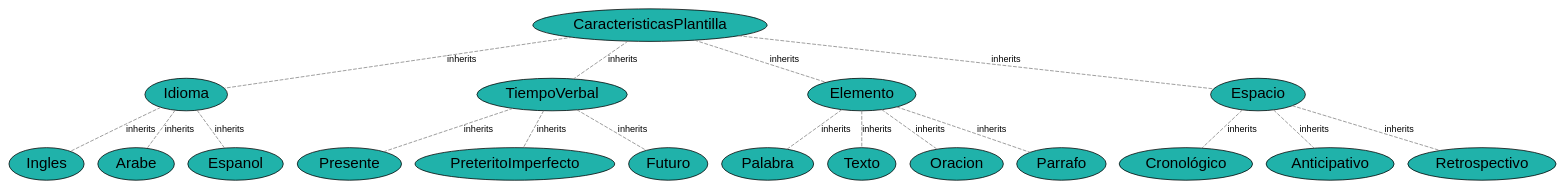
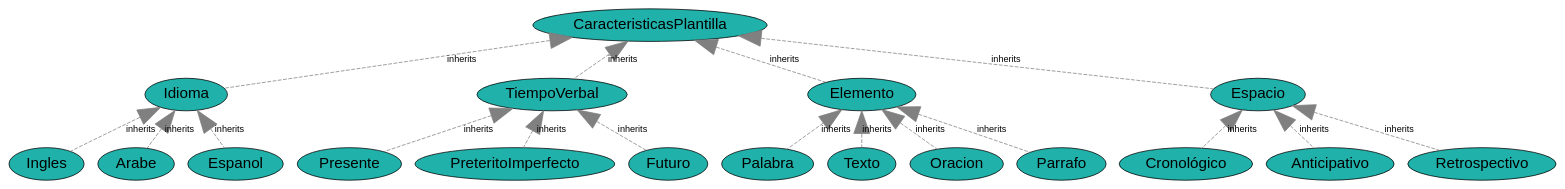
Before and after one commit to JuanCasado/Lenguajes: the diagram in Output/csv_dot2_characteristics.dot, drawn with Graphviz. The commit also changed 189 other files, not shown here.

```diff
--- a/Output/csv_dot2_characteristics.dot
+++ b/Output/csv_dot2_characteristics.dot
@@ -1,70 +1,70 @@
 graph characteristics{
 	//Defecto
 	node [fontname="Arial"];
 	edge [fontname="Arial",fontsize=12];
 
 	//PROPERTIES
 	node[fontsize="10", fillcolor="lightgoldenrodyellow", style="filled", shape="record", ]
 
 	
 
 	//CLASES
 	node[fontsize="20", fillcolor="lightseagreen", style="filled", shape="ellipse", ]
 
 	
 	class_Palabra [label="Palabra"];
 	class_Cronológico [label="Cronológico"];
 	class_Presente [label="Presente"];
 	class_Anticipativo [label="Anticipativo"];
 	class_Idioma [label="Idioma"];
 	class_TiempoVerbal [label="TiempoVerbal"];
 	class_Retrospectivo [label="Retrospectivo"];
 	class_Texto [label="Texto"];
 	class_Oracion [label="Oracion"];
 	class_Ingles [label="Ingles"];
 	class_PreteritoImperfecto [label="PreteritoImperfecto"];
 	class_Elemento [label="Elemento"];
 	class_CaracteristicasPlantilla [label="CaracteristicasPlantilla"];
 	class_Arabe [label="Arabe"];
 	class_Espanol [label="Espanol"];
 	class_Futuro [label="Futuro"];
 	class_Espacio [label="Espacio"];
 	class_Parrafo [label="Parrafo"];
 
 	//RELACIONES
 	node[fontsize="15", fillcolor="paleturquoise", style="filled", shape="hexagon", ]
 
 
 	//CLASE -- PROPIEDAD
 	edge[len="3", style="dashed", color="grey", ]
 
 
 	//RELACION -- PROPIEDAD
 
 	// uso indirecto de definiciÃ³n de tipos
 
 	// asociaciones a travÃ©s de atributos marcadas de forma directa
 
 	// herencias
-	class_CaracteristicasPlantilla -- class_Idioma [label="inherits"];
-	class_Idioma -- class_Espanol [label="inherits"];
-	class_Idioma -- class_Ingles [label="inherits"];
-	class_Idioma -- class_Arabe [label="inherits"];
-	class_CaracteristicasPlantilla -- class_TiempoVerbal [label="inherits"];
-	class_TiempoVerbal -- class_Presente [label="inherits"];
-	class_TiempoVerbal -- class_Futuro [label="inherits"];
-	class_TiempoVerbal -- class_PreteritoImperfecto [label="inherits"];
-	class_CaracteristicasPlantilla -- class_Espacio [label="inherits"];
-	class_Espacio -- class_Cronológico [label="inherits"];
-	class_Espacio -- class_Retrospectivo [label="inherits"];
-	class_Espacio -- class_Anticipativo [label="inherits"];
-	class_CaracteristicasPlantilla -- class_Elemento [label="inherits"];
-	class_Elemento -- class_Texto [label="inherits"];
-	class_Elemento -- class_Parrafo [label="inherits"];
-	class_Elemento -- class_Oracion [label="inherits"];
-	class_Elemento -- class_Palabra [label="inherits"];
+	class_CaracteristicasPlantilla -- class_Idioma [arrowsize="3", arrowhead="normal", dir="back", label="inherits"];
+	class_Idioma -- class_Espanol [arrowsize="3", arrowhead="normal", dir="back", label="inherits"];
+	class_Idioma -- class_Ingles [arrowsize="3", arrowhead="normal", dir="back", label="inherits"];
+	class_Idioma -- class_Arabe [arrowsize="3", arrowhead="normal", dir="back", label="inherits"];
+	class_CaracteristicasPlantilla -- class_TiempoVerbal [arrowsize="3", arrowhead="normal", dir="back", label="inherits"];
+	class_TiempoVerbal -- class_Presente [arrowsize="3", arrowhead="normal", dir="back", label="inherits"];
+	class_TiempoVerbal -- class_Futuro [arrowsize="3", arrowhead="normal", dir="back", label="inherits"];
+	class_TiempoVerbal -- class_PreteritoImperfecto [arrowsize="3", arrowhead="normal", dir="back", label="inherits"];
+	class_CaracteristicasPlantilla -- class_Espacio [arrowsize="3", arrowhead="normal", dir="back", label="inherits"];
+	class_Espacio -- class_Cronológico [arrowsize="3", arrowhead="normal", dir="back", label="inherits"];
+	class_Espacio -- class_Retrospectivo [arrowsize="3", arrowhead="normal", dir="back", label="inherits"];
+	class_Espacio -- class_Anticipativo [arrowsize="3", arrowhead="normal", dir="back", label="inherits"];
+	class_CaracteristicasPlantilla -- class_Elemento [arrowsize="3", arrowhead="normal", dir="back", label="inherits"];
+	class_Elemento -- class_Texto [arrowsize="3", arrowhead="normal", dir="back", label="inherits"];
+	class_Elemento -- class_Parrafo [arrowsize="3", arrowhead="normal", dir="back", label="inherits"];
+	class_Elemento -- class_Oracion [arrowsize="3", arrowhead="normal", dir="back", label="inherits"];
+	class_Elemento -- class_Palabra [arrowsize="3", arrowhead="normal", dir="back", label="inherits"];
 
 	// enlaces de relaciones
 	edge[len="2",penwidth="3",color="blue"]
 
 }
```
